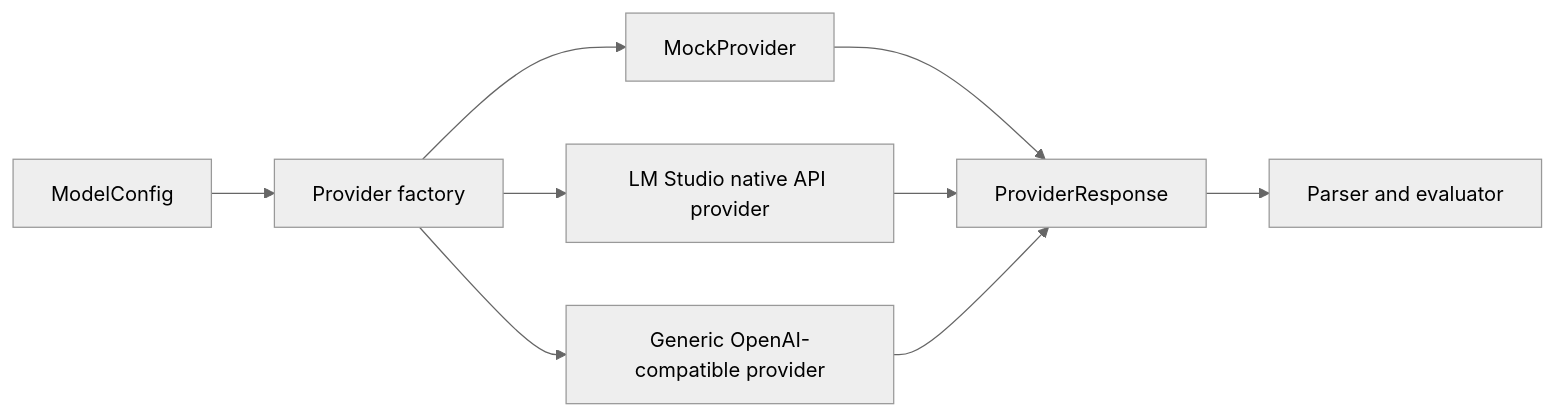
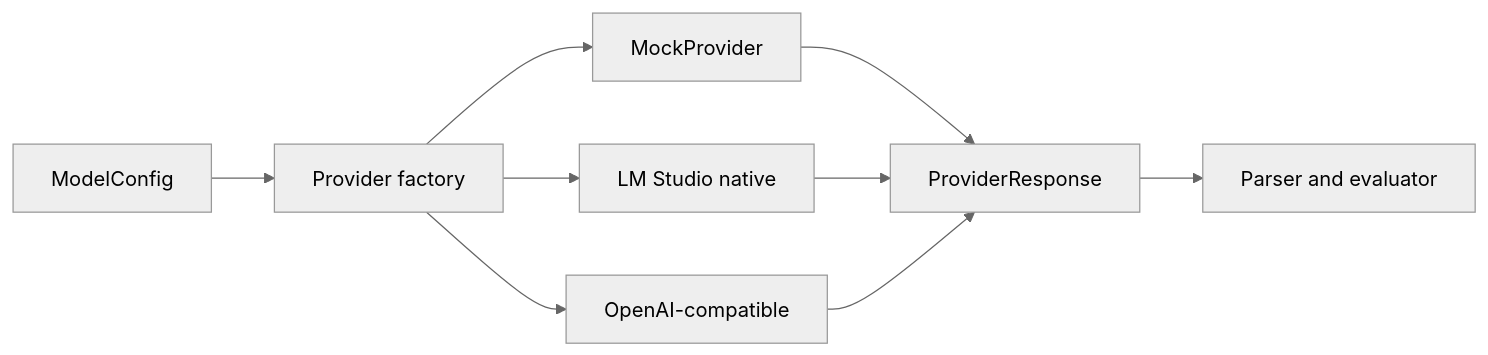
One commit to ataozalpp/llm-benchmark changed the fifth of 5 diagrams in docs/architecture.md. Above: the diagram before and after it, drawn with Mermaid (neutral theme). The commit also changed other lines of this file and 3 other files, not shown here.

````diff
--- a/docs/architecture.md
+++ b/docs/architecture.md
@@ -57,11 +184,11 @@
 ```mermaid
 flowchart LR
-    A[ModelConfig] --> B[Provider factory]
-    B --> C[MockProvider]
-    B --> D[LM Studio native API provider]
-    B --> E[Generic OpenAI-compatible provider]
-    C --> F[ProviderResponse]
-    D --> F
-    E --> F
-    F --> G[Parser and evaluator]
+    ModelConfig --> Factory[Provider factory]
+    Factory --> Mock[MockProvider]
+    Factory --> Native[LM Studio native]
+    Factory --> Compatible[OpenAI-compatible]
+    Mock --> Response[ProviderResponse]
+    Native --> Response
+    Compatible --> Response
+    Response --> Parser[Parser and evaluator]
 ```
````
